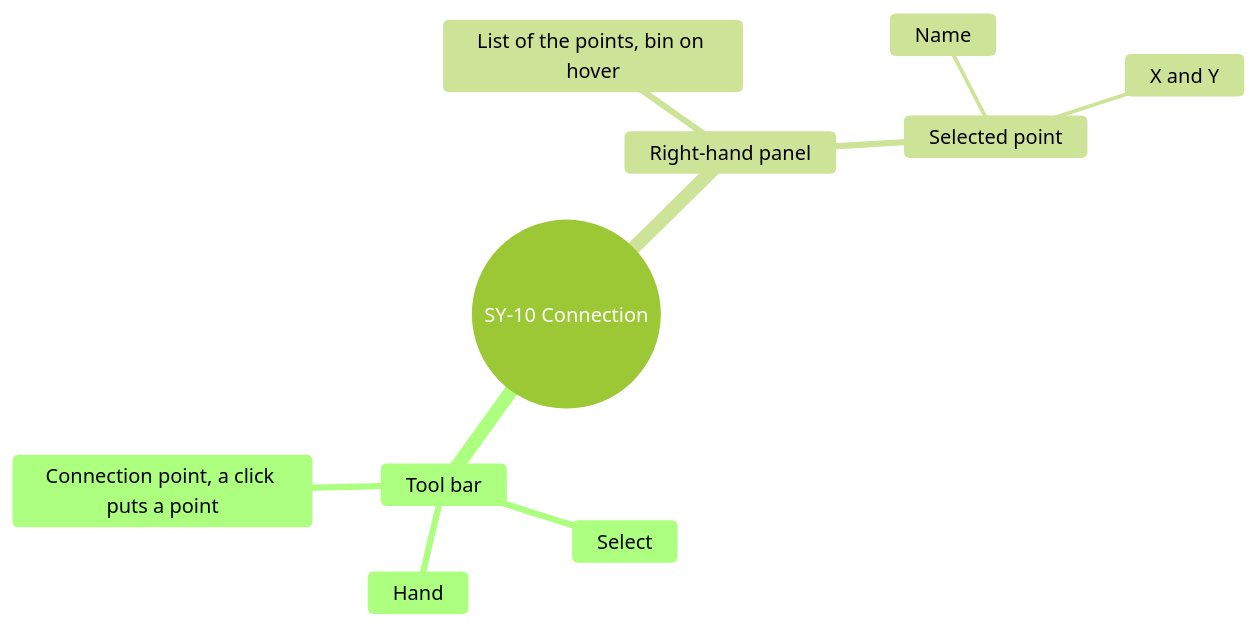
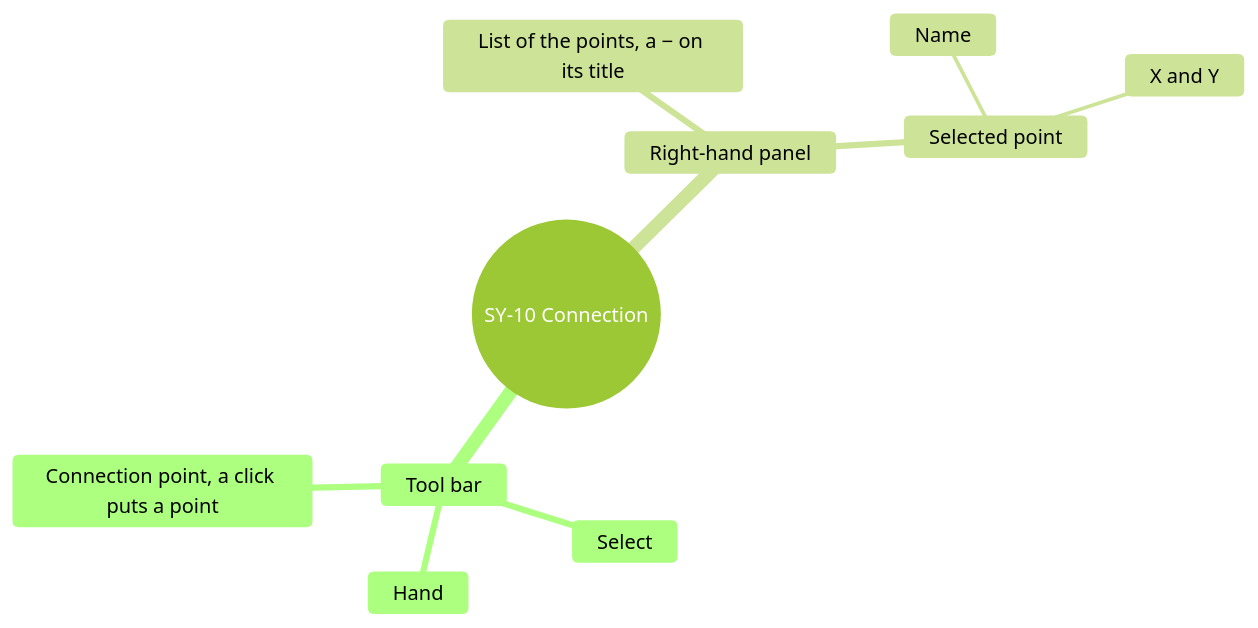
One commit to AlexandreGallais/synoptic-studio-spec changed diagram 12 of 16 in screens/symbols.md. Above: the diagram before and after it, drawn with Mermaid (forest theme). The commit also changed other lines of this file and 5 other files, not shown here.

````diff
--- a/screens/symbols.md
+++ b/screens/symbols.md
@@ -536,13 +539,13 @@
 ```mermaid
 mindmap
   root((SY-10 Connection))
     Tool bar
       Select
       Hand
       Connection point, a click puts a point
     Right-hand panel
-      List of the points, bin on hover
+      List of the points, a − on its title
       Selected point
         Name
         X and Y
 ```
````
